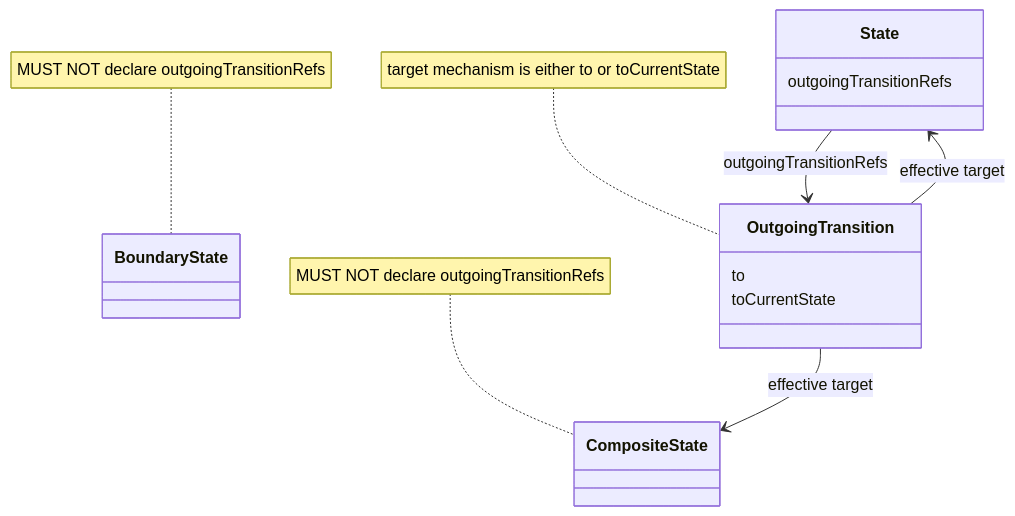
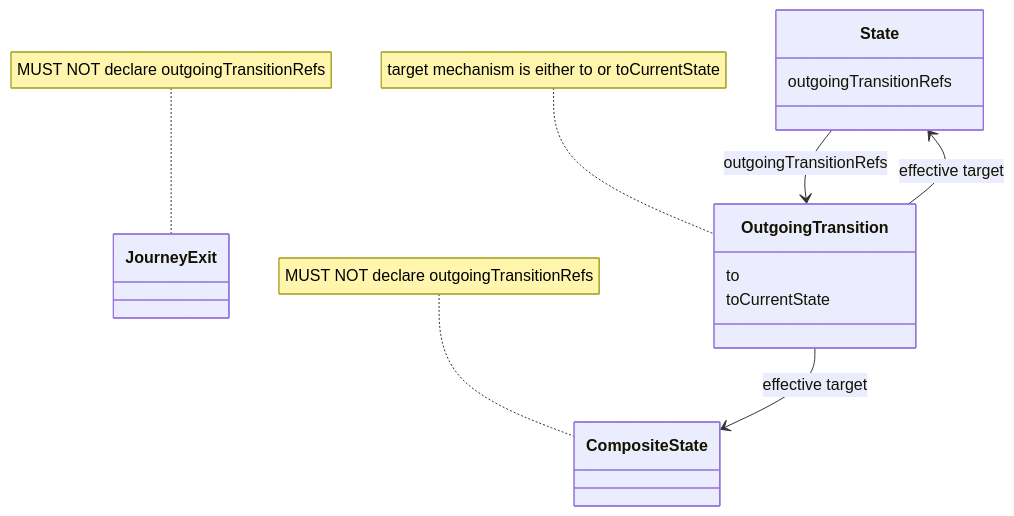
Before and after one commit to openuji/spec-ujg: diagram 11 of 11 in specs/ed/graph/index.md, drawn with Mermaid. The commit also changed other lines of this file and 22 other files, not shown here.

````diff
--- a/specs/ed/graph/index.md
+++ b/specs/ed/graph/index.md
@@ -784,20 +767,20 @@
 ```mermaid
 classDiagram
   class State {
     outgoingTransitionRefs
   }
   class CompositeState
-  class BoundaryState
+  class JourneyExit
   class OutgoingTransition {
     to
     toCurrentState
   }
 
   State --> OutgoingTransition : outgoingTransitionRefs
   OutgoingTransition --> State : effective target
   OutgoingTransition --> CompositeState : effective target
   note for OutgoingTransition "target mechanism is either to or toCurrentState"
 
   note for CompositeState "MUST NOT declare outgoingTransitionRefs"
-  note for BoundaryState "MUST NOT declare outgoingTransitionRefs"
+  note for JourneyExit "MUST NOT declare outgoingTransitionRefs"
 ```
````
